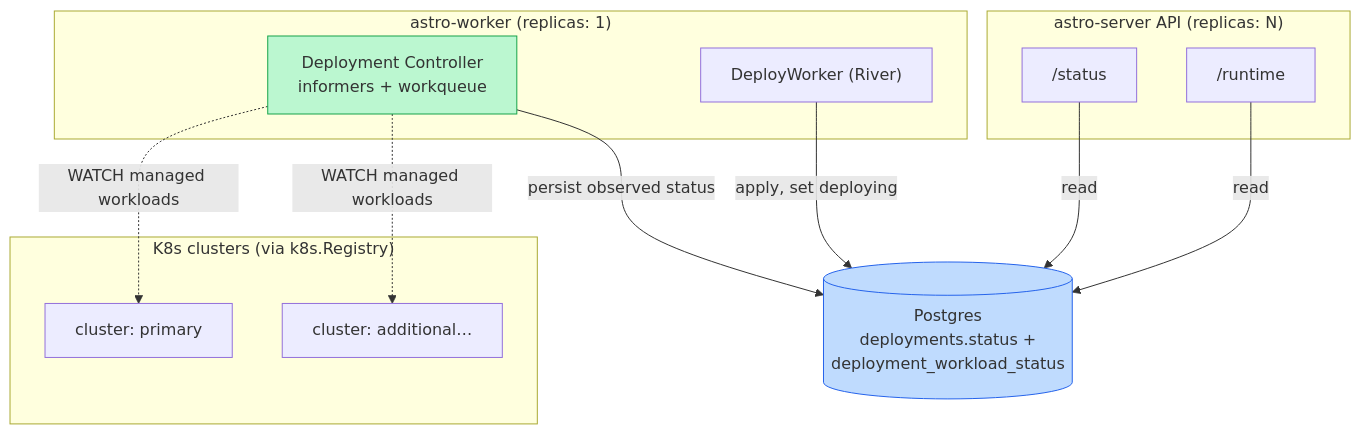
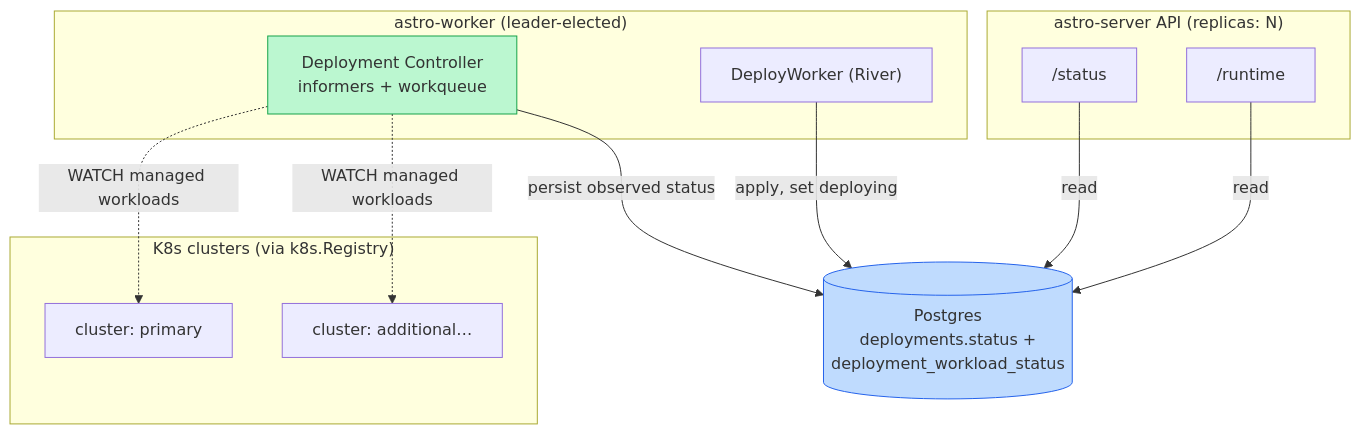
Before and after one commit to astropods/astro-cli: the fifth of 14 diagrams in docs/plans/deployment-state-tracking.md, drawn with Mermaid. The commit also changed other lines of this file and 9 other files, not shown here.

First line of the commit message:
feat(astro-server): leader election for the deployment controller (#1750)

````diff
--- a/docs/plans/deployment-state-tracking.md
+++ b/docs/plans/deployment-state-tracking.md
@@ -123,25 +127,25 @@
 ```mermaid
 graph TB
-  subgraph worker["astro-worker (replicas: 1)"]
+  subgraph worker["astro-worker (leader-elected)"]
     CTRL["Deployment Controller<br/>informers + workqueue"]
     DWk["DeployWorker (River)"]
   end
   subgraph api["astro-server API (replicas: N)"]
     ST["/status"]
     RUN["/runtime"]
   end
   subgraph clusters["K8s clusters (via k8s.Registry)"]
     C1["cluster: primary"]
     C2["cluster: additional…"]
   end
   DB[("Postgres<br/>deployments.status +<br/>deployment_workload_status")]
 
   DWk -->|apply, set deploying| DB
   CTRL -.->|WATCH managed workloads| C1
   CTRL -.->|WATCH managed workloads| C2
   CTRL -->|persist observed status| DB
   ST -->|read| DB
   RUN -->|read| DB
   style CTRL fill:#bbf7d0,stroke:#16a34a
   style DB fill:#bfdbfe,stroke:#2563eb
 ```
````
